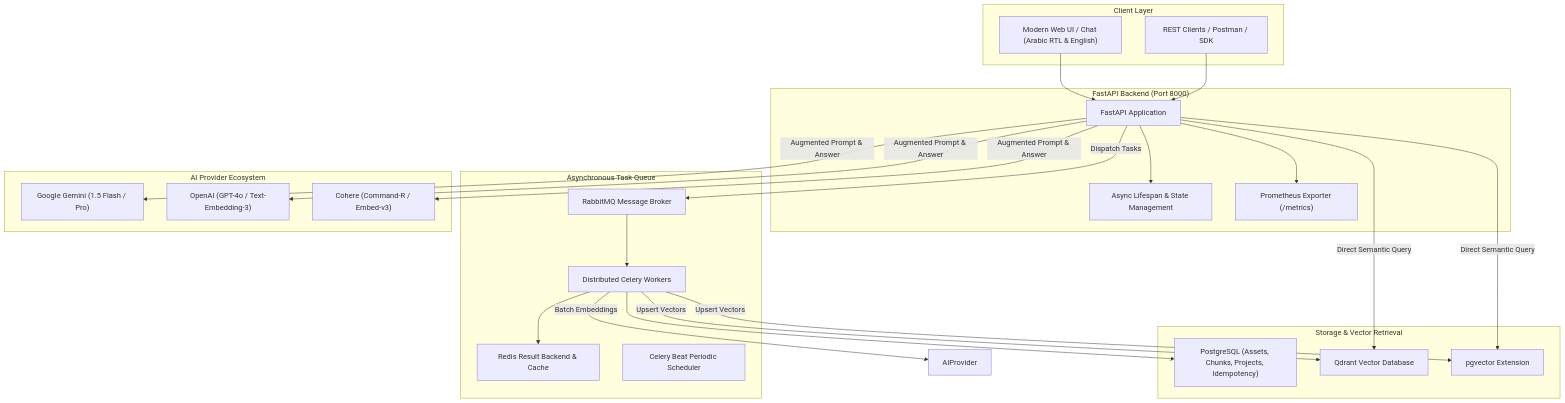
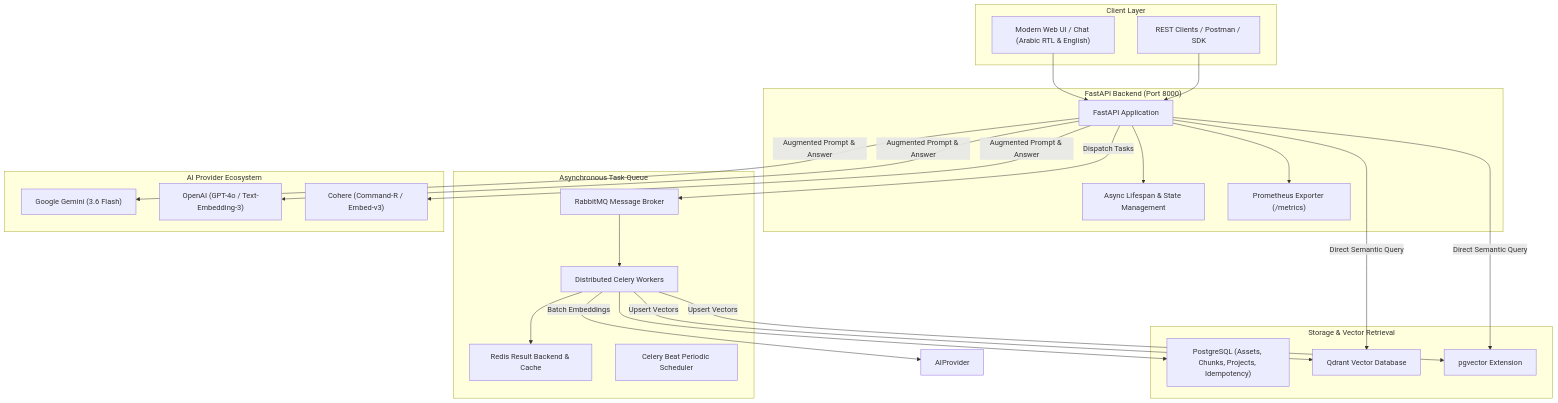
One commit to Zeyadmohamed291/Nexus-RAG changed the diagram in README.md. Above: the diagram before and after it, drawn with Mermaid. The commit also changed 3 other files, not shown here.

Commit message:
docs: update default Gemini model to 3.6 Flash across documentation, UI, and config

````diff
--- a/README.md
+++ b/README.md
@@ -29,50 +29,50 @@
 ```mermaid
 flowchart TD
     subgraph Client Layer
         UI["Modern Web UI / Chat (Arabic RTL & English)"]
         API_Client["REST Clients / Postman / SDK"]
     end
 
     subgraph API Gateway ["FastAPI Backend (Port 8000)"]
         Router["FastAPI Application"]
         Lifespan["Async Lifespan & State Management"]
         Metrics["Prometheus Exporter (/metrics)"]
     end
 
     subgraph Asynchronous Task Queue
         Broker["RabbitMQ Message Broker"]
         Redis["Redis Result Backend & Cache"]
         Workers["Distributed Celery Workers"]
         Beat["Celery Beat Periodic Scheduler"]
     end
 
     subgraph Storage & Vector Retrieval
         PG["PostgreSQL (Assets, Chunks, Projects, Idempotency)"]
         QdrantStore["Qdrant Vector Database"]
         PGVec["pgvector Extension"]
     end
 
     subgraph AI Provider Ecosystem
-        Gemini["Google Gemini (1.5 Flash / Pro)"]
+        Gemini["Google Gemini (3.6 Flash)"]
         OpenAI["OpenAI (GPT-4o / Text-Embedding-3)"]
         Cohere["Cohere (Command-R / Embed-v3)"]
     end
 
     UI --> Router
     API_Client --> Router
     Router --> Lifespan
     Router --> Metrics
     Router -->|Dispatch Tasks| Broker
     Broker --> Workers
     Workers --> Redis
     Workers --> PG
     Workers -->|Batch Embeddings| AIProvider
     Workers -->|Upsert Vectors| QdrantStore
     Workers -->|Upsert Vectors| PGVec
 
     Router -->|Direct Semantic Query| QdrantStore
     Router -->|Direct Semantic Query| PGVec
     Router -->|Augmented Prompt & Answer| Gemini
     Router -->|Augmented Prompt & Answer| OpenAI
     Router -->|Augmented Prompt & Answer| Cohere
 ```
````
